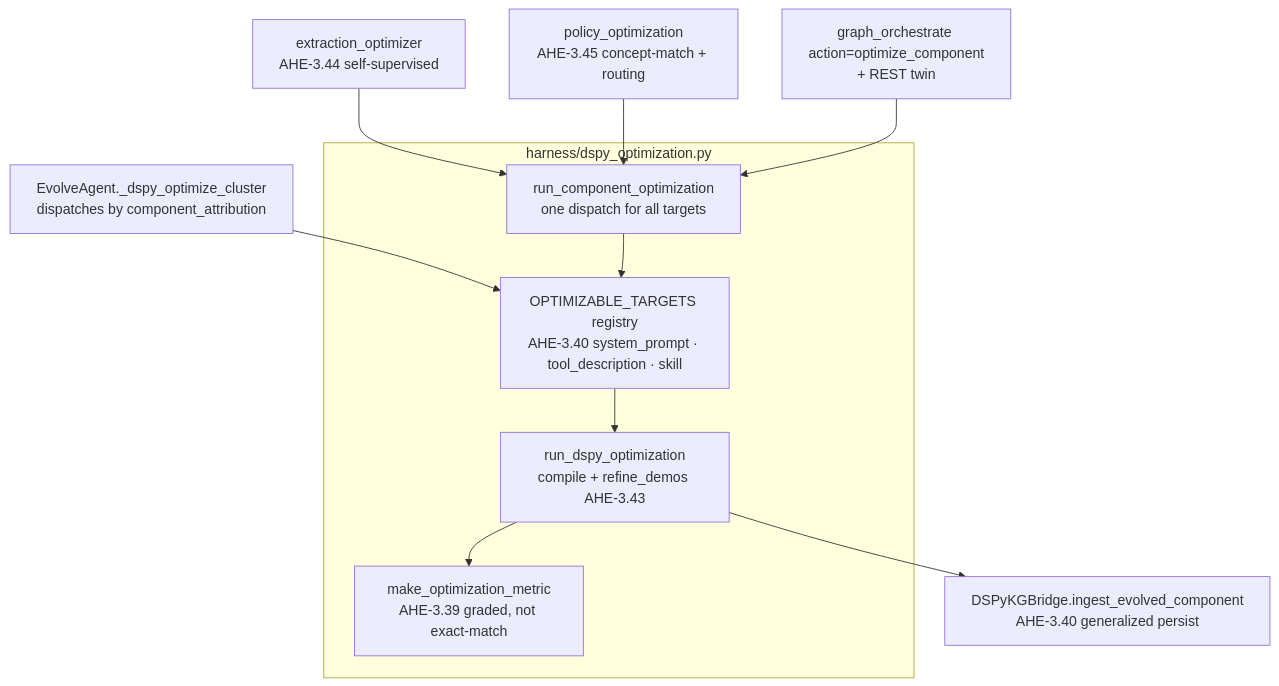
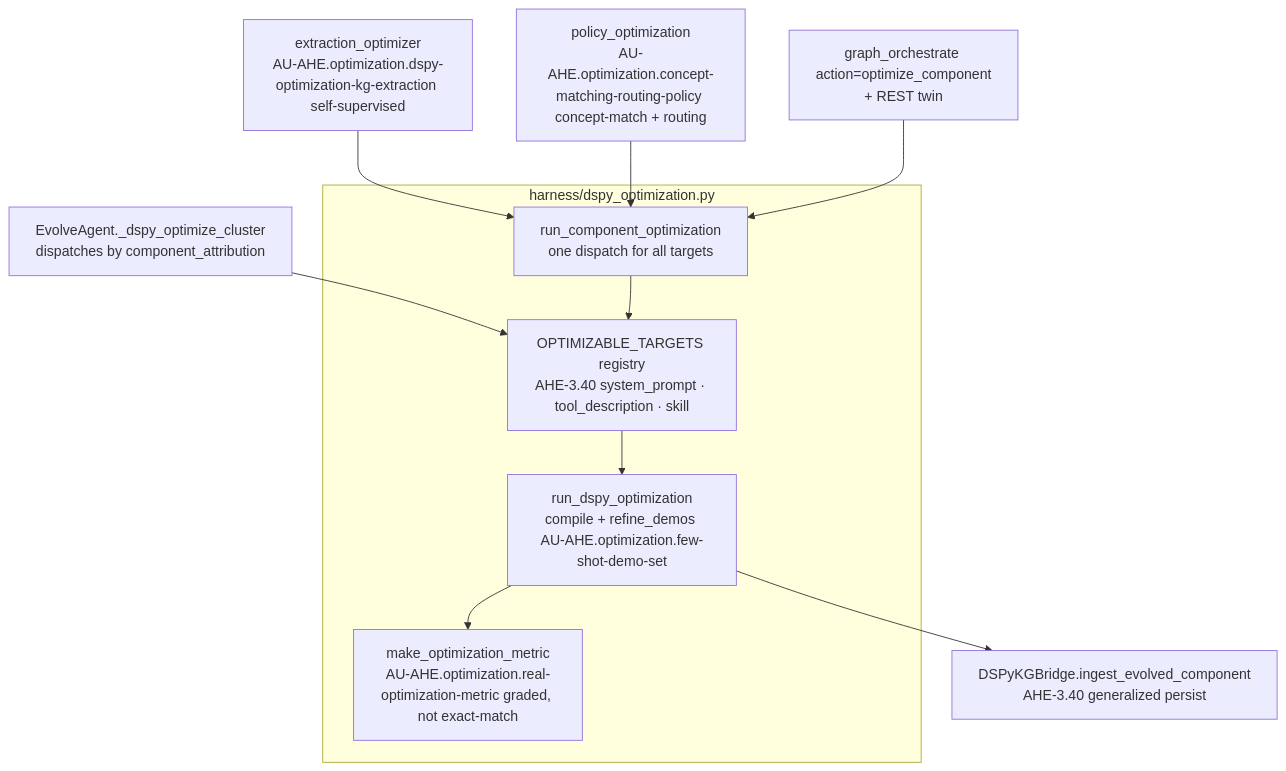
The third of 6 diagrams in docs/architecture/evolvable_surface.md (Knuckles-Team/agent-utilities), drawn with Mermaid before and after one commit. The commit also changed other lines of this file and 2324 other files, not shown here.

````diff
--- a/docs/architecture/evolvable_surface.md
+++ b/docs/architecture/evolvable_surface.md
@@ -118,17 +118,17 @@
 ```mermaid
 flowchart TD
     subgraph Core["harness/dspy_optimization.py"]
-        MET["make_optimization_metric<br/>AHE-3.39 graded, not exact-match"]
+        MET["make_optimization_metric<br/>AU-AHE.optimization.real-optimization-metric graded, not exact-match"]
         REG["OPTIMIZABLE_TARGETS registry<br/>AHE-3.40 system_prompt · tool_description · skill"]
-        DRV["run_dspy_optimization<br/>compile + refine_demos AHE-3.43"]
+        DRV["run_dspy_optimization<br/>compile + refine_demos AU-AHE.optimization.few-shot-demo-set"]
         DISP["run_component_optimization<br/>one dispatch for all targets"]
     end
     EV["EvolveAgent._dspy_optimize_cluster<br/>dispatches by component_attribution"] --> REG
     REG --> DRV
     DRV --> MET
     DRV --> KGB["DSPyKGBridge.ingest_evolved_component<br/>AHE-3.40 generalized persist"]
-    SS1["extraction_optimizer<br/>AHE-3.44 self-supervised"] --> DISP
-    SS2["policy_optimization<br/>AHE-3.45 concept-match + routing"] --> DISP
+    SS1["extraction_optimizer<br/>AU-AHE.optimization.dspy-optimization-kg-extraction self-supervised"] --> DISP
+    SS2["policy_optimization<br/>AU-AHE.optimization.concept-matching-routing-policy concept-match + routing"] --> DISP
     EVSURF["graph_orchestrate action=optimize_component<br/>+ REST twin"] --> DISP
     DISP --> REG
 ```
````
